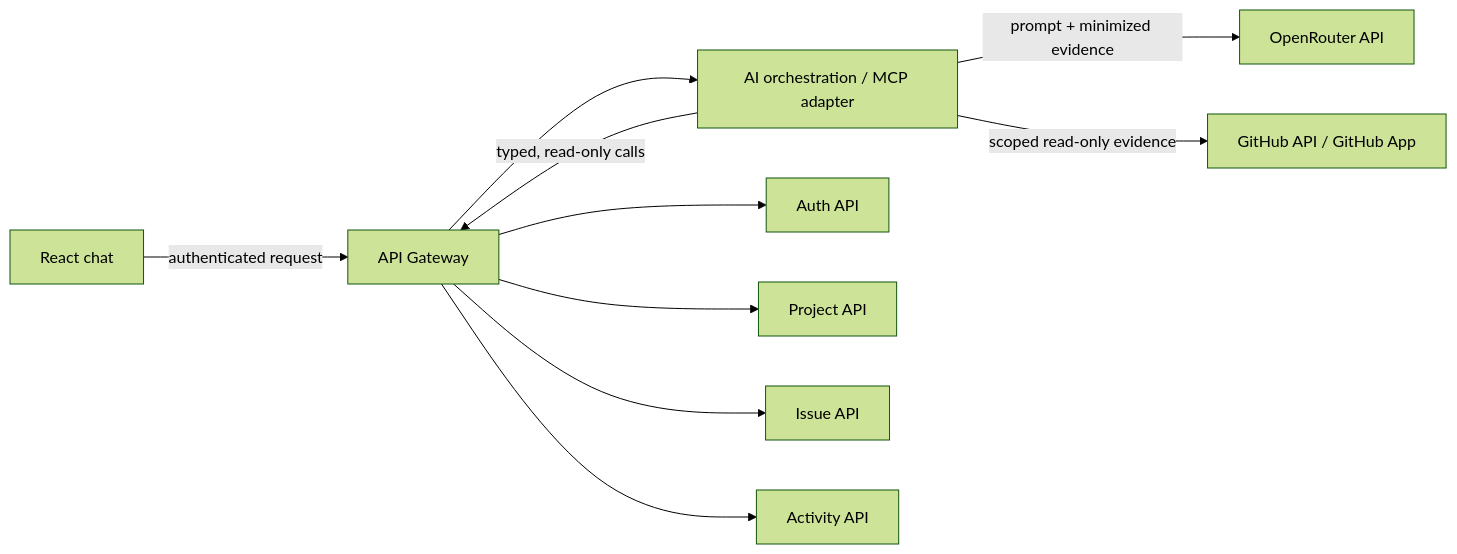
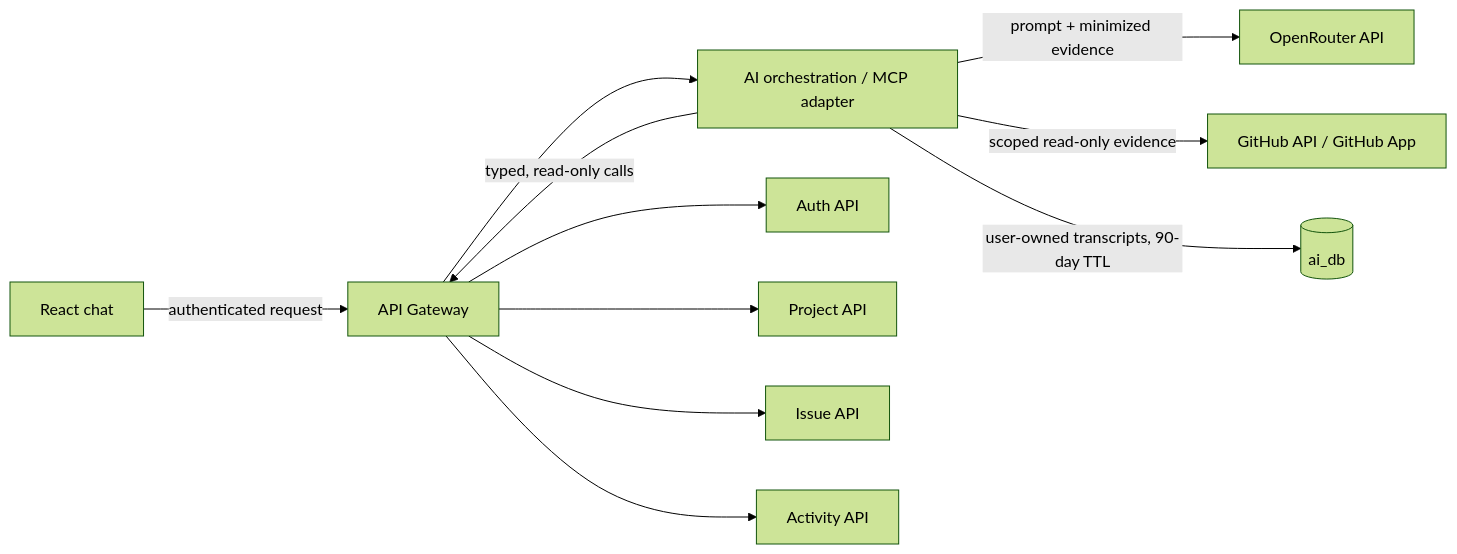
The diagram in docs/AI_INSIGHTS.md (adil-mubarak/Trackline), drawn with Mermaid (forest theme) before and after one commit. The commit also changed other lines of this file and 40 other files, not shown here.

````diff
--- a/docs/AI_INSIGHTS.md
+++ b/docs/AI_INSIGHTS.md
@@ -36,12 +36,13 @@
 ```mermaid
 flowchart LR
     UI[React chat] -->|authenticated request| GW[API Gateway]
     GW --> AI[AI orchestration / MCP adapter]
     AI -->|typed, read-only calls| GW
     GW --> AUTH[Auth API]
     GW --> PROJECT[Project API]
     GW --> ISSUE[Issue API]
     GW --> ACTIVITY[Activity API]
     AI -->|prompt + minimized evidence| OR[OpenRouter API]
     AI -->|scoped read-only evidence| GH[GitHub API / GitHub App]
+    AI -->|user-owned transcripts, 90-day TTL| AIDB[(ai_db)]
 ```
````
